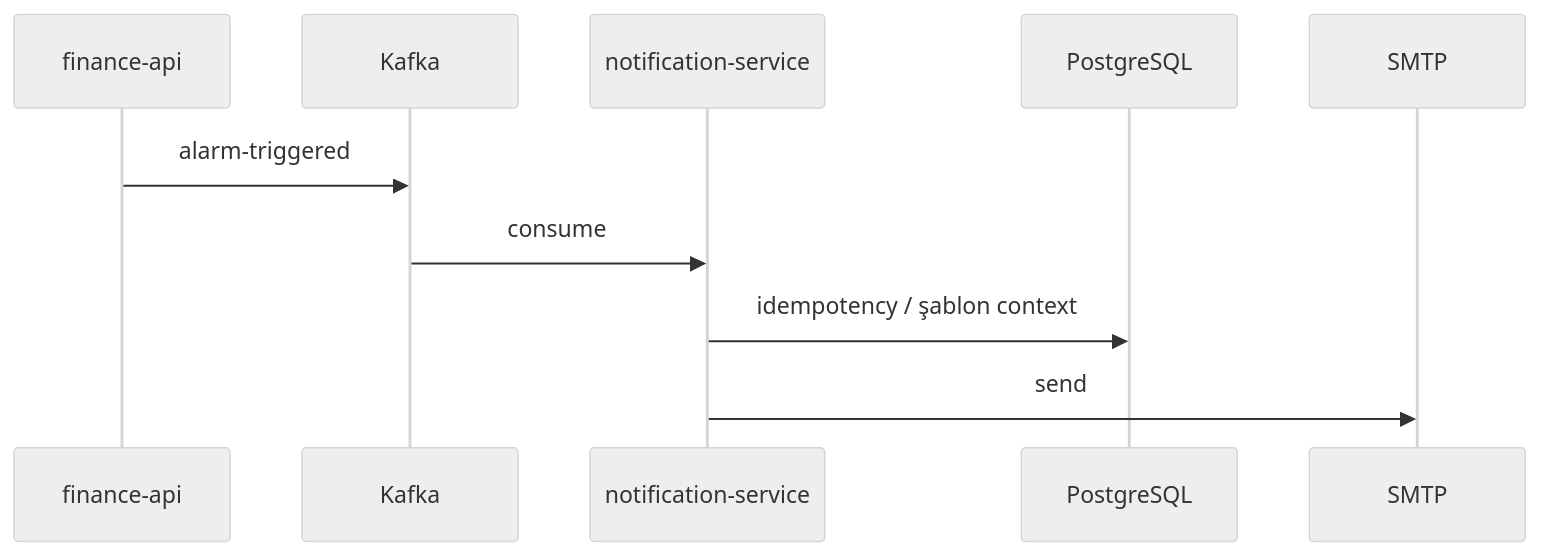
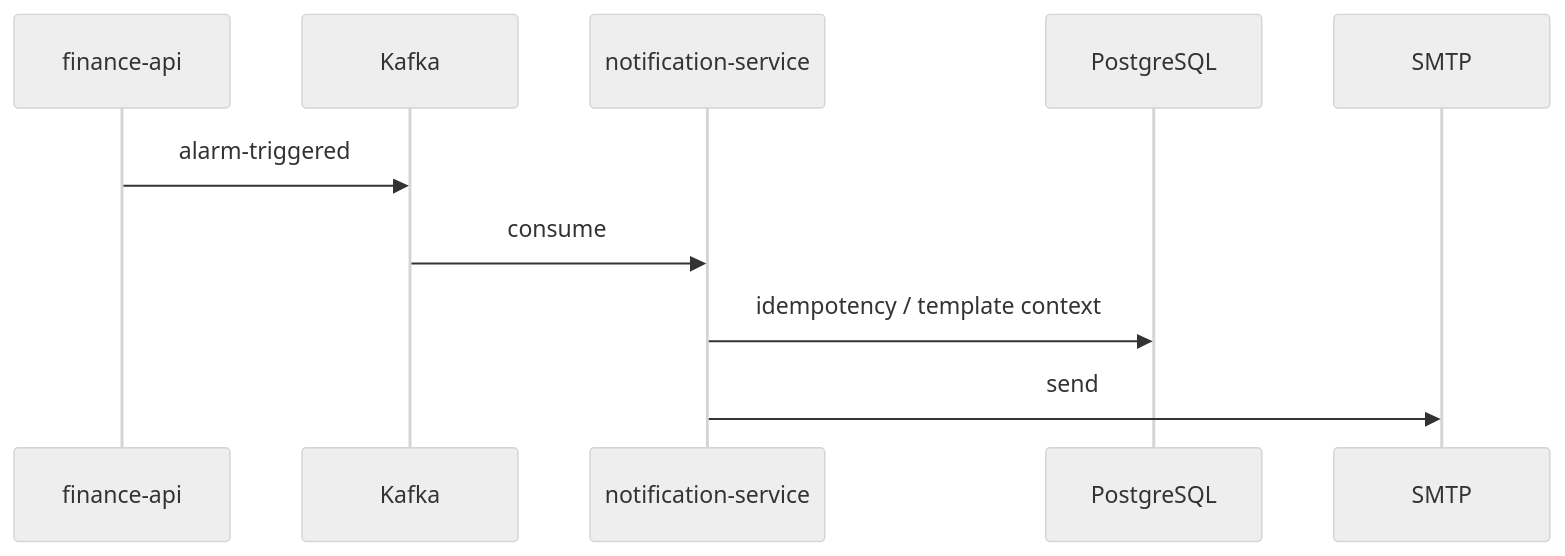
The third of 3 diagrams in docs/english/services/notification-service.md (TaridaG/Toyota-32Bit-Finance-Platform), drawn with Mermaid (neutral theme) before and after one commit. The commit also changed 28 other files, not shown here.

````diff
--- a/docs/english/services/notification-service.md
+++ b/docs/english/services/notification-service.md
@@ -126,13 +126,13 @@
 ```mermaid
 sequenceDiagram
   participant FA as finance-api
   participant KF as Kafka
   participant NOTIF as notification-service
   participant PG as PostgreSQL
   participant SMTP as SMTP
 
   FA->>KF: alarm-triggered
   KF->>NOTIF: consume
-  NOTIF->>PG: idempotency / şablon context
+  NOTIF->>PG: idempotency / template context
   NOTIF->>SMTP: send
 ```
````
